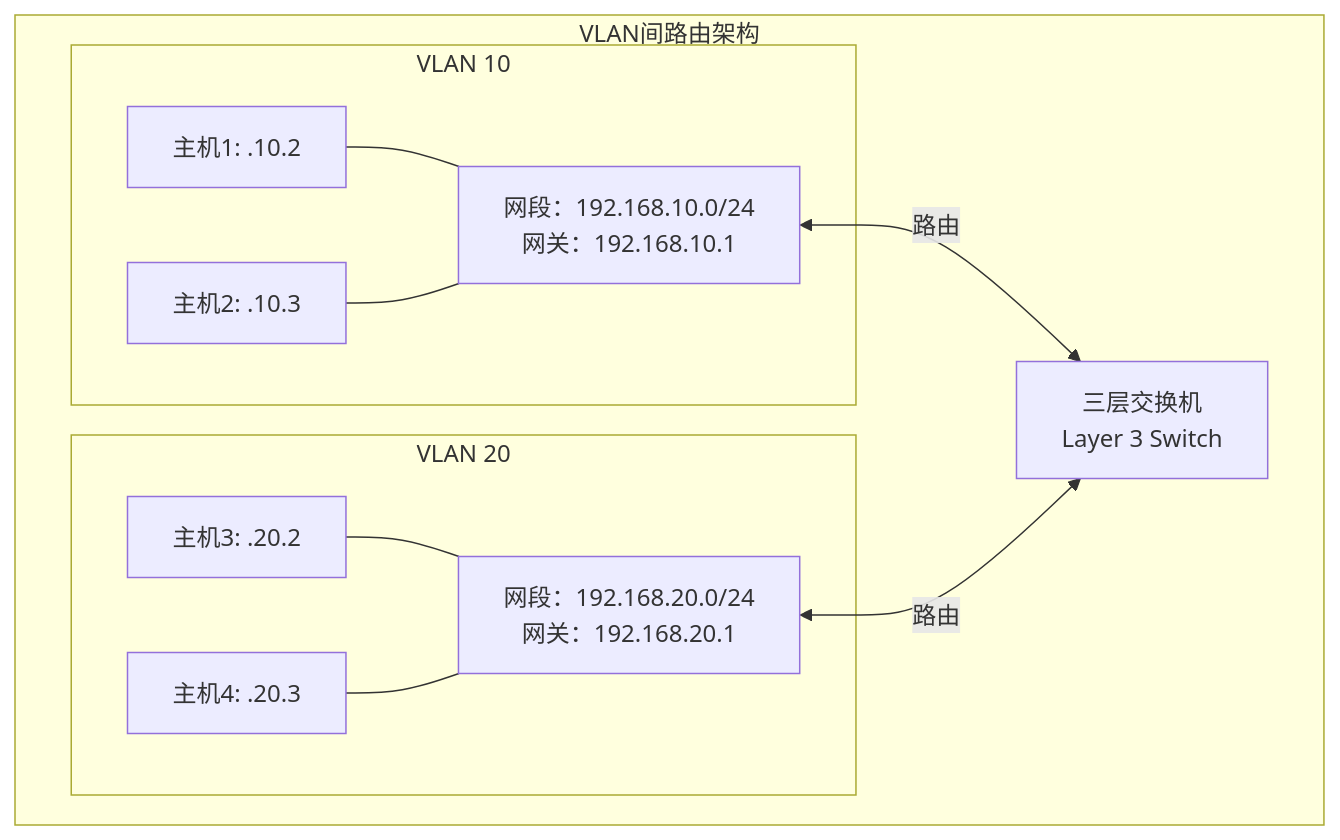
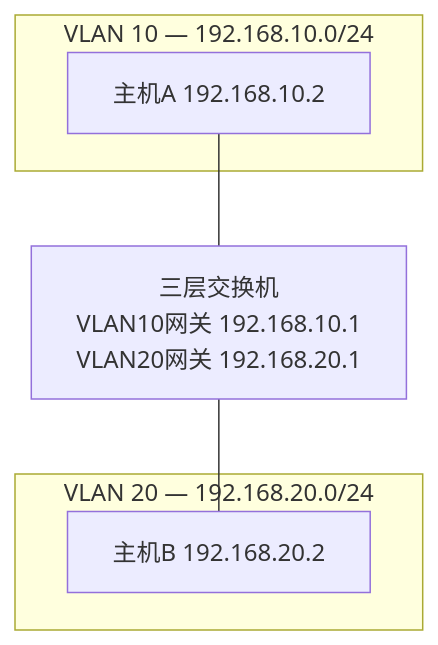
The eighth of 8 diagrams in 计算机网络/6.4链路层：交换局域网.md (Dtheme/CS-base), drawn with Mermaid before and after one commit. The commit also changed other lines of this file and 51 other files, not shown here.

````diff
--- a/计算机网络/6.4链路层：交换局域网.md
+++ b/计算机网络/6.4链路层：交换局域网.md
@@ -814,25 +605,12 @@
 ```mermaid
 graph TB
-    subgraph "VLAN间路由架构"
-        Router["三层交换机<br/>Layer 3 Switch"]
-        
-        subgraph "VLAN 10"
-            V10["网段：192.168.10.0/24<br/>网关：192.168.10.1"]
-            H1["主机1: .10.2"]
-            H2["主机2: .10.3"]
-        end
-        
-        subgraph "VLAN 20"
-            V20["网段：192.168.20.0/24<br/>网关：192.168.20.1"]
-            H3["主机3: .20.2"]
-            H4["主机4: .20.3"]
-        end
-        
-        V10 <-->|路由| Router
-        V20 <-->|路由| Router
-        H1 --- V10
-        H2 --- V10
-        H3 --- V20
-        H4 --- V20
+    L3["三层交换机<br/>VLAN10网关 192.168.10.1<br/>VLAN20网关 192.168.20.1"]
+    subgraph V10["VLAN 10 — 192.168.10.0/24"]
+        H1["主机A 192.168.10.2"]
     end
+    subgraph V20["VLAN 20 — 192.168.20.0/24"]
+        H3["主机B 192.168.20.2"]
+    end
+    H1 --- L3
+    L3 --- H3
 ```
````
